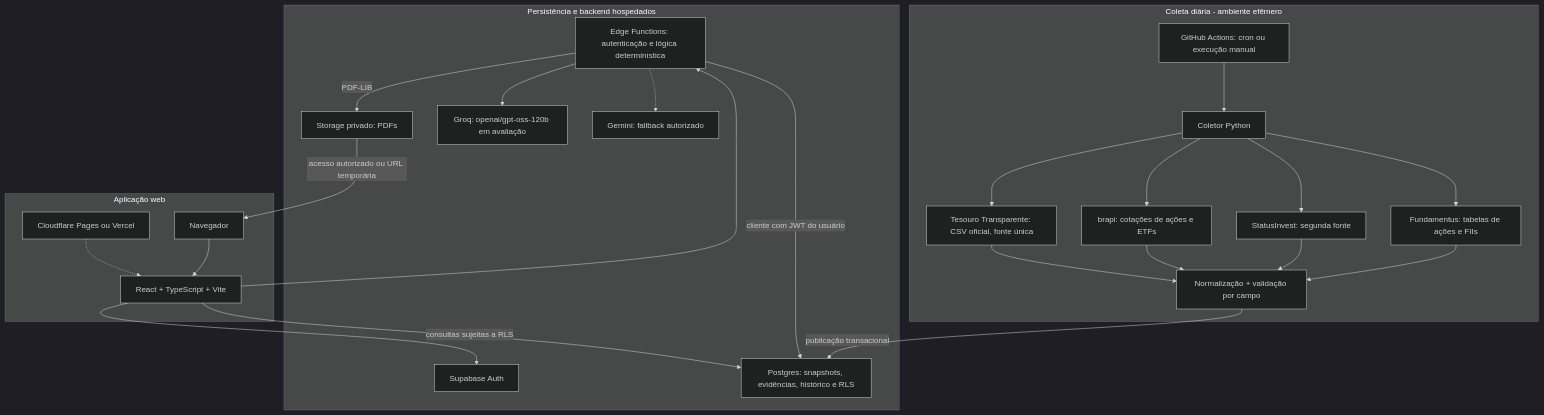
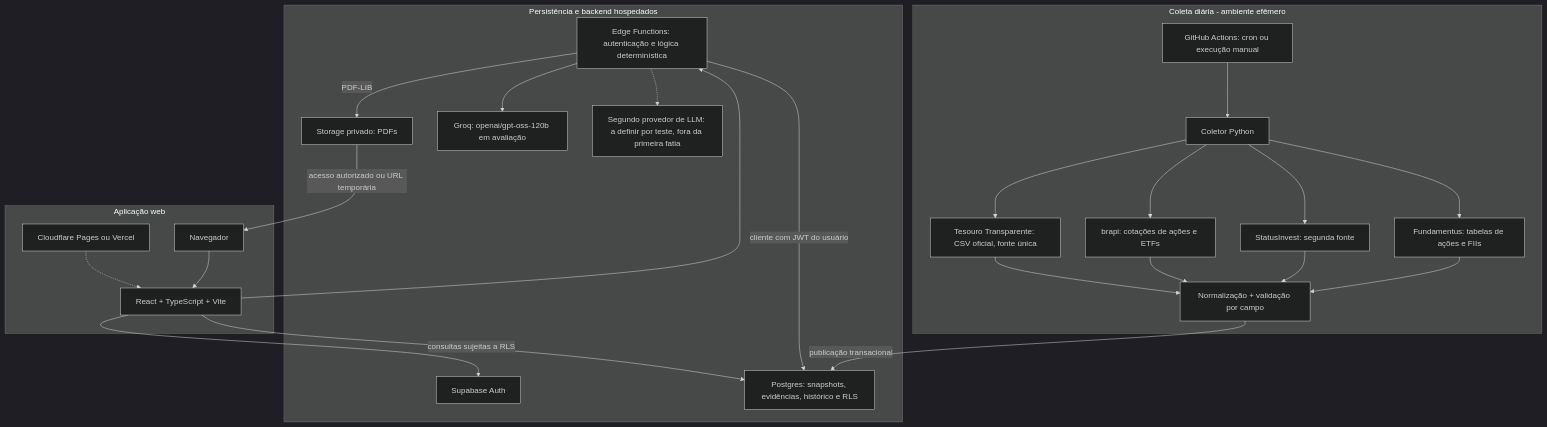
One commit to GuilhermeBarros12/finance_agent changed the first of 3 diagrams in README.md. Above: the diagram before and after it, drawn with Mermaid (dark theme). The commit also changed other lines of this file and 1 other file, not shown here.

````diff
--- a/README.md
+++ b/README.md
@@ -160,47 +161,47 @@
 ```mermaid
 flowchart TB
     subgraph batch["Coleta diária - ambiente efêmero"]
         gha["GitHub Actions: cron ou execução manual"]
         collect["Coletor Python"]
         fund["Fundamentus: tabelas de ações e FIIs"]
         status["StatusInvest: segunda fonte"]
         brapi["brapi: cotações de ações e ETFs"]
         official["Tesouro Transparente: CSV oficial, fonte única"]
         validate["Normalização + validação por campo"]
         gha --> collect
         collect --> fund
         collect --> status
         collect --> brapi
         collect --> official
         fund --> validate
         status --> validate
         brapi --> validate
         official --> validate
     end
 
     subgraph hosted["Persistência e backend hospedados"]
         auth["Supabase Auth"]
         db["Postgres: snapshots, evidências, histórico e RLS"]
         edge["Edge Functions: autenticação e lógica determinística"]
         storage["Storage privado: PDFs"]
         groq["Groq: openai/gpt-oss-120b em avaliação"]
-        gemini["Gemini: fallback autorizado"]
+        gemini["Segundo provedor de LLM: a definir por teste, fora da primeira fatia"]
         validate -->|"publicação transacional"| db
         edge -->|"cliente com JWT do usuário"| db
         edge --> groq
         edge -.-> gemini
         edge -->|"PDF-LIB"| storage
     end
 
     subgraph ui["Aplicação web"]
         browser["Navegador"]
         front["React + TypeScript + Vite"]
         deploy["Cloudflare Pages ou Vercel"]
         browser --> front
         deploy -.-> front
         front --> auth
         front --> edge
         front -->|"consultas sujeitas a RLS"| db
         storage -->|"acesso autorizado ou URL temporária"| browser
     end
 ```
````
